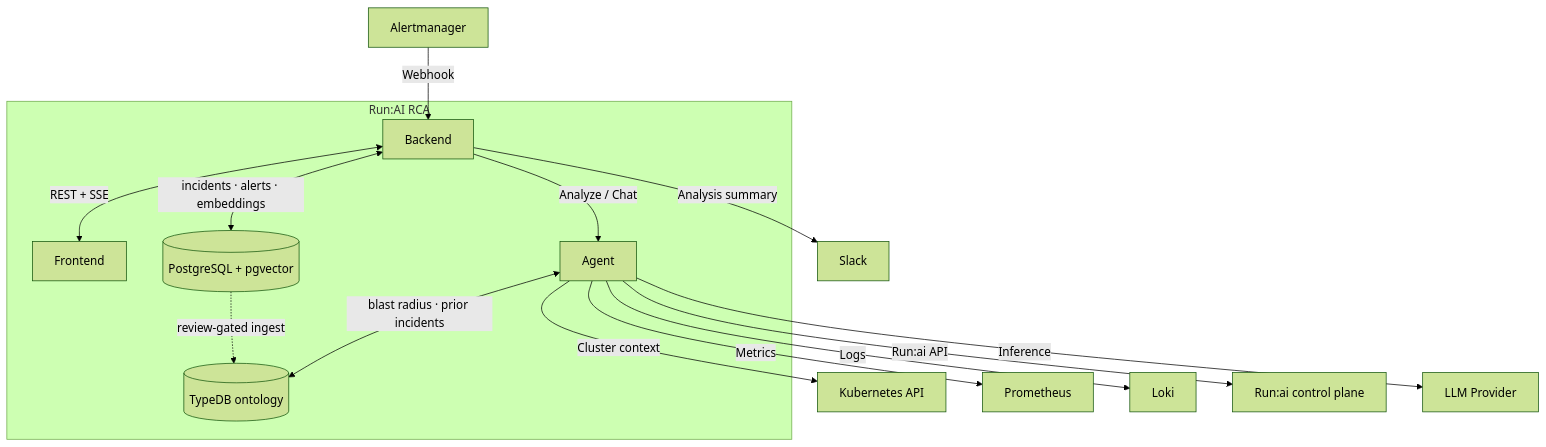
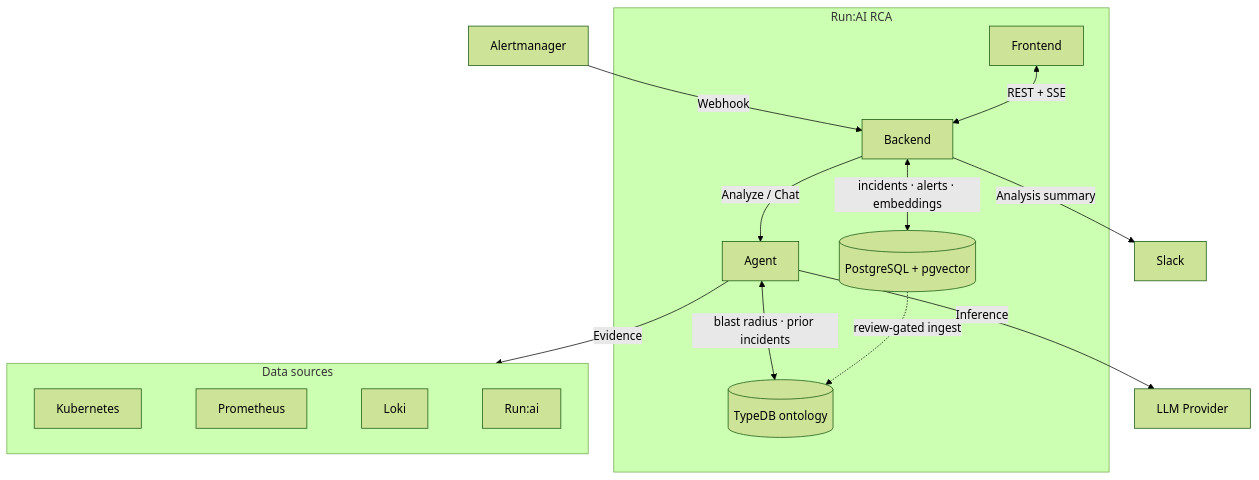
Before and after one commit to uclix-nvidia-sw/runaiRCA: the diagram in README.md, drawn with Mermaid (forest theme). The commit also changed 2 other files, not shown here.

Commit message:
docs: de-spaghetti the overview diagram + collapsible language nav
Diagram: mermaid auto-layout crossed all five Agent→source edges into a
mess. Grouped the evidence sources into one "Data sources" box (Kubernetes
· Prometheus · Loki · Run:ai) reached by a single "Evidence" edge, and
kept LLM Provider ("Inference") separate — so only three edges leave the
Run:AI RCA box (Slack, LLM, Data sources) instead of seven crossing ones.

Nav: SUMMARY was two flat labelled lists (23 items). Restructured into two
collapsible top-level trees — "English" and "한국어" — each parenting its
own docs, so the sidebar reads as two languages, not one long list.

EN + KO diagrams identical; i18n parity green; all links resolve.

````diff
--- a/README.md
+++ b/README.md
@@ -25,24 +25,20 @@
 ```mermaid
 flowchart TB
   AM[Alertmanager] -->|Webhook| BE
 
   subgraph SYS["Run:AI RCA"]
-    FE[Frontend]
-    BE[Backend]
-    AG[Agent]
-    DB[(PostgreSQL + pgvector)]
-    KG[(TypeDB ontology)]
-    BE <-->|REST + SSE| FE
-    BE -->|"Analyze / Chat"| AG
-    BE <-->|"incidents · alerts · embeddings"| DB
-    AG <-->|"blast radius · prior incidents"| KG
+    FE[Frontend] <-->|REST + SSE| BE[Backend]
+    BE -->|"Analyze / Chat"| AG[Agent]
+    BE <-->|"incidents · alerts · embeddings"| DB[(PostgreSQL + pgvector)]
+    AG <-->|"blast radius · prior incidents"| KG[(TypeDB ontology)]
     DB -.->|review-gated ingest| KG
   end
 
   BE -->|Analysis summary| SLACK[Slack]
-  AG -->|Cluster context| K8S[Kubernetes API]
-  AG -->|Metrics| PROM[Prometheus]
-  AG -->|Logs| LOKI[Loki]
-  AG -->|"Run:ai API"| RUNAI[Run:ai control plane]
   AG -->|Inference| LLM[LLM Provider]
+  AG -->|Evidence| SRC
+  subgraph SRC["Data sources"]
+    direction LR
+    K8S[Kubernetes] ~~~ PROM[Prometheus] ~~~ LOKI[Loki] ~~~ RUNAI[Run:ai]
+  end
 ```
````
